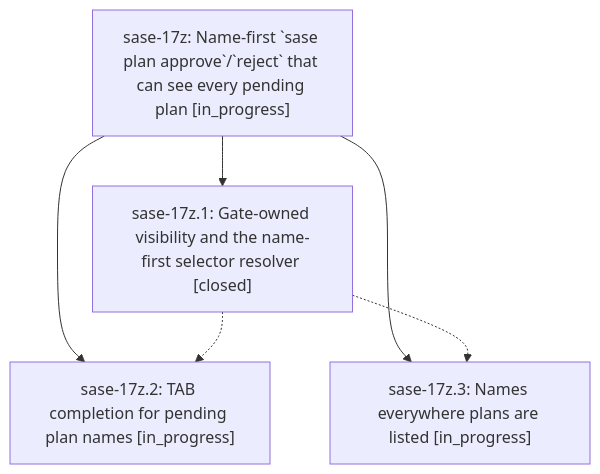
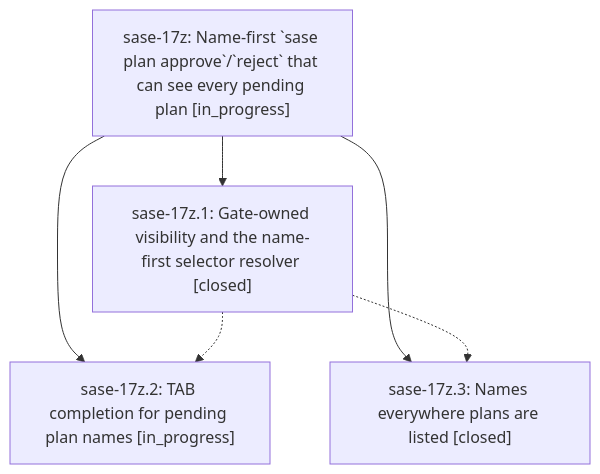
The diagram in pages/sase-17z/README.md (sase-org/sase--beads), drawn with Mermaid before and after one commit. The commit also changed other lines of this file and 2 other files, not shown here.

First line of the commit message:
chore(beads): sync bead state and pages for sase-17z

````diff
--- a/pages/sase-17z/README.md
+++ b/pages/sase-17z/README.md
@@ -24,12 +24,12 @@
 ```mermaid
 flowchart TD
     n0["sase-17z: Name-first `sase plan approve`/`reject` that can see every pending plan [in_progress]"]
     n1["sase-17z.1: Gate-owned visibility and the name-first selector resolver [closed]"]
     n2["sase-17z.2: TAB completion for pending plan names [in_progress]"]
-    n3["sase-17z.3: Names everywhere plans are listed [in_progress]"]
+    n3["sase-17z.3: Names everywhere plans are listed [closed]"]
     n0 --> n1
     n0 --> n2
     n0 --> n3
     n1 -.-> n2
     n1 -.-> n3
 ```
````
